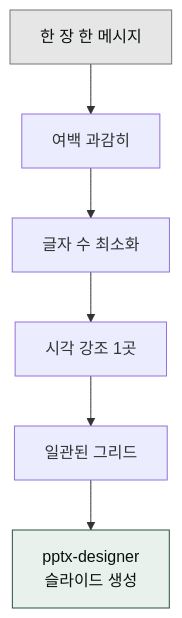
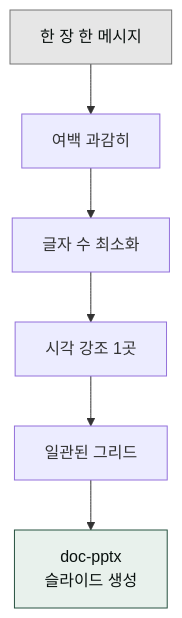
One commit to modu-ai/cowork-plugins changed the diagram in www/content/cookbook/design/presentation.md. Above: the diagram before and after it, drawn with Mermaid. The commit also changed other lines of this file and 45 other files, not shown here.

First line of the commit message:
docs(www): 스킬명 정합 + 깨진 링크 수정 + mermaid 보강

````diff
--- a/www/content/cookbook/design/presentation.md
+++ b/www/content/cookbook/design/presentation.md
@@ -11,11 +11,11 @@
 ```mermaid
 flowchart TD
    A["한 장 한 메시지"] --> B["여백 과감히"]
    B --> C["글자 수 최소화"]
    C --> D["시각 강조 1곳"]
    D --> E["일관된 그리드"]
-   E --> F["pptx-designer<br/>슬라이드 생성"]
+   E --> F["doc-pptx<br/>슬라이드 생성"]
 
    style A fill:#e6e6e6,stroke:#757575,color:#09110f
    style F fill:#e8f1ec,stroke:#265240,color:#09110f
 ```
````
